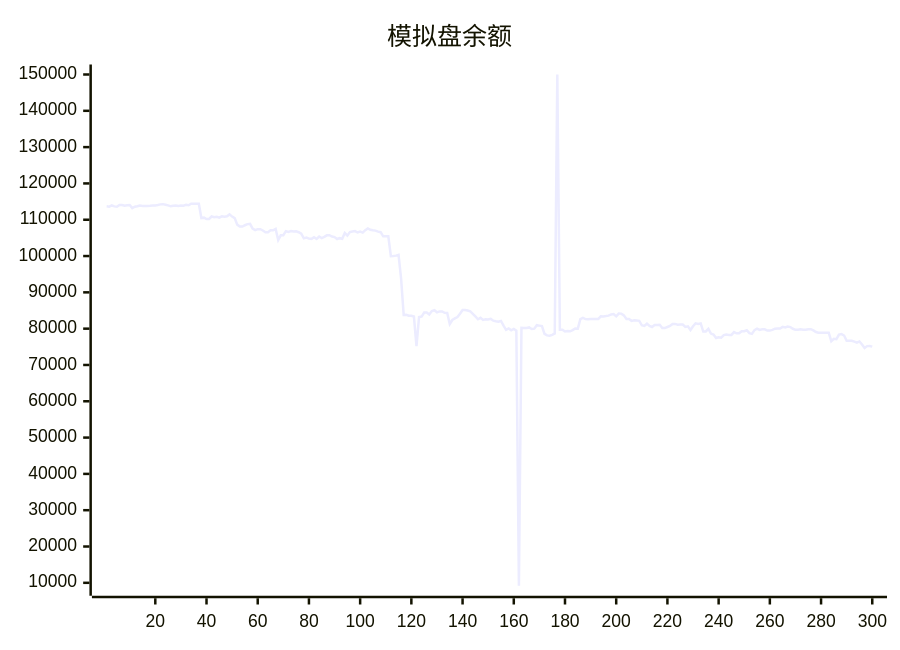
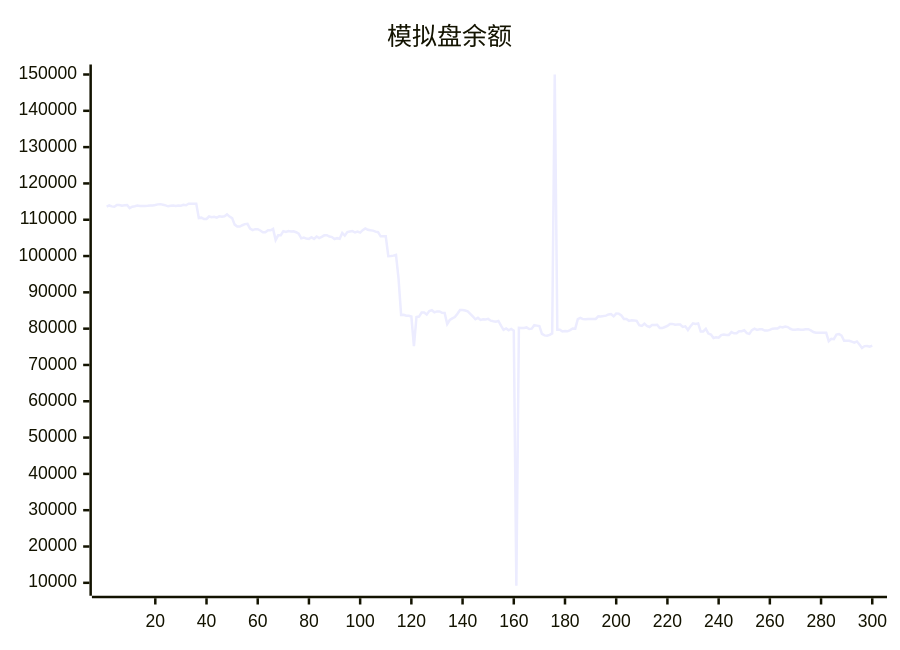
The diagram in README.md (aahl/ai-trading), drawn with Mermaid before and after one commit. The commit also changed other lines of this file and 1 other file, not shown here.

````diff
--- a/README.md
+++ b/README.md
@@ -5,5 +5,5 @@
 ```mermaid
 xychart
     title "模拟盘余额"
-    line [113688,113610,113930,113672,113585,114083,114074,113840,113996,114051,113208,113593,113701,113901,113794,113784,113810,113848,113927,113929,114064,114232,114293,114144,113960,113698,113853,113942,113812,113908,113877,114091,113998,114427,114422,114384,114384,110477,110576,110198,110198,110890,110712,110812,110569,110929,110847,110968,111478,110870,110433,108661,108116,108115,108485,108797,108877,107536,107134,107393,107393,107046,106565,106565,107081,107081,107478,104404,105715,105749,106866,106651,106889,106771,106816,106565,106141,104876,105103,104796,104734,105169,104690,105380,104941,105272,105709,105739,105374,105227,104691,104924,104762,106364,105628,106608,106748,106872,106485,106721,106468,107132,107620,107224,107080,107001,106717,106567,105431,105431,105440,99950,100017,100113,100337,93749,83795,83807,83567,83567,83342,75168,83222,83336,84448,84449,83896,84839,85065,84499,84757,84757,84364,84347,81254,82385,82835,83184,84099,85150,85150,85002,84751,84096,83356,82582,82983,82404,82572,82512,82688,82200,82047,81920,82125,80840,79688,80060,79552,79920,79470,9193,80236,80208,80170,80336,79894,80006,80954,80837,80712,78561,78139,78037,78293,78682,150000,79720,79720,79214,79372,79279,79591,80046,79993,82625,82950,82626,82571,82633,82670,82670,82681,83386,83378,83464,83579,83920,84037,83402,84160,84142,83652,82655,82655,82145,82315,82243,82163,80934,80770,81371,80742,80468,80989,80989,81067,80191,80155,80450,80737,81309,81309,81106,81119,81119,80471,80631,79624,80670,81448,81290,81429,79212,79222,79940,78643,78380,77432,77623,77504,78235,78358,78284,78277,79048,78714,78714,79290,79308,79567,78763,78563,79603,79988,79652,79813,79813,79476,79469,79673,79995,80015,80015,80486,80314,80600,80436,79966,79689,79689,79819,79692,79692,79850,79850,79518,79071,78889,78850,78850,78878,78878,76554,77202,77103,78357,78510,78106,76678,76677,76672,76411,76159,76485,75656,74695,75197,75246,75052]
+    line [113610,113930,113672,113585,114083,114074,113840,113996,114051,113208,113593,113701,113901,113794,113784,113810,113848,113927,113929,114064,114232,114293,114144,113960,113698,113853,113942,113812,113908,113877,114091,113998,114427,114422,114384,114384,110477,110576,110198,110198,110890,110712,110812,110569,110929,110847,110968,111478,110870,110433,108661,108116,108115,108485,108797,108877,107536,107134,107393,107393,107046,106565,106565,107081,107081,107478,104404,105715,105749,106866,106651,106889,106771,106816,106565,106141,104876,105103,104796,104734,105169,104690,105380,104941,105272,105709,105739,105374,105227,104691,104924,104762,106364,105628,106608,106748,106872,106485,106721,106468,107132,107620,107224,107080,107001,106717,106567,105431,105431,105440,99950,100017,100113,100337,93749,83795,83807,83567,83567,83342,75168,83222,83336,84448,84449,83896,84839,85065,84499,84757,84757,84364,84347,81254,82385,82835,83184,84099,85150,85150,85002,84751,84096,83356,82582,82983,82404,82572,82512,82688,82200,82047,81920,82125,80840,79688,80060,79552,79920,79470,9193,80236,80208,80170,80336,79894,80006,80954,80837,80712,78561,78139,78037,78293,78682,150000,79720,79720,79214,79372,79279,79591,80046,79993,82625,82950,82626,82571,82633,82670,82670,82681,83386,83378,83464,83579,83920,84037,83402,84160,84142,83652,82655,82655,82145,82315,82243,82163,80934,80770,81371,80742,80468,80989,80989,81067,80191,80155,80450,80737,81309,81309,81106,81119,81119,80471,80631,79624,80670,81448,81290,81429,79212,79222,79940,78643,78380,77432,77623,77504,78235,78358,78284,78277,79048,78714,78714,79290,79308,79567,78763,78563,79603,79988,79652,79813,79813,79476,79469,79673,79995,80015,80015,80486,80314,80600,80436,79966,79689,79689,79819,79692,79692,79850,79850,79518,79071,78889,78850,78850,78878,78878,76554,77202,77103,78357,78510,78106,76678,76677,76672,76411,76159,76485,75656,74695,75197,75246,75052,75334]
 ```
````
